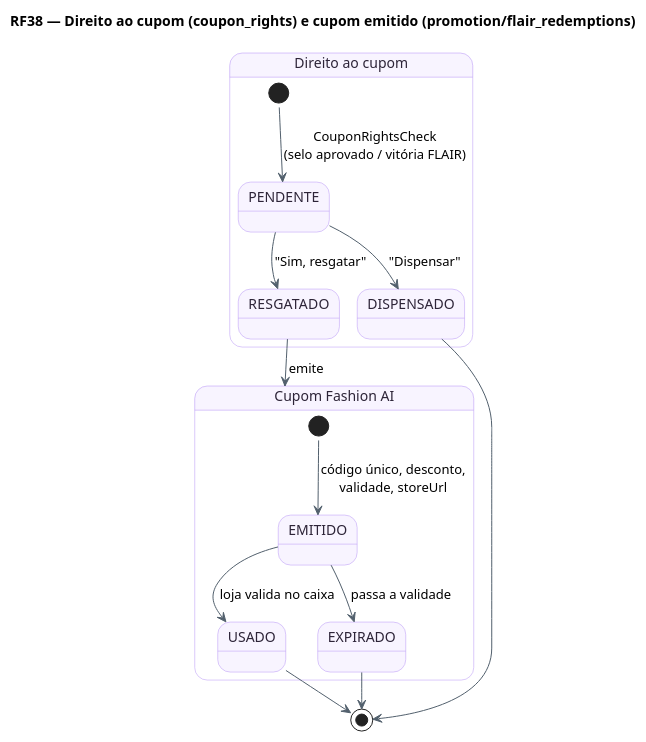
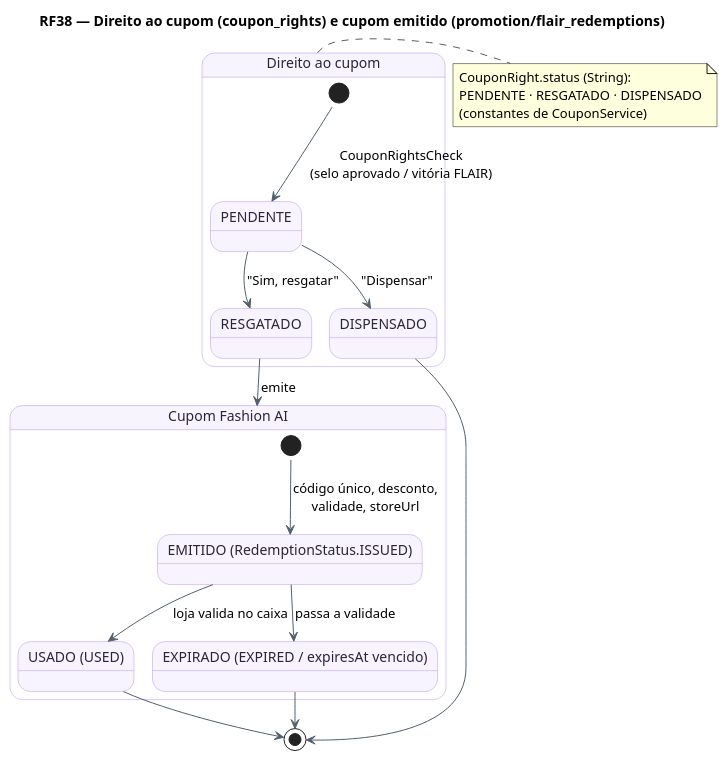
One commit to MatheusHaliski/tcc-2026-fashion-ai-backend changed the diagram in docs/diagramas/RF38/RF38-maquinadeestados-cupom.puml. Above: the diagram before and after it, drawn with PlantUML. The commit also changed 14 other files, not shown here.

First line of the commit message:
docs(rf38,rf39): diagramas revisados contra o Trello e o código atual

```diff
--- a/docs/diagramas/RF38/RF38-maquinadeestados-cupom.puml
+++ b/docs/diagramas/RF38/RF38-maquinadeestados-cupom.puml
@@ -1,25 +1,29 @@
 @startuml RF38_MaquinaDeEstados_Cupom
 !pragma layout smetana
 title RF38 — Direito ao cupom (coupon_rights) e cupom emitido (promotion/flair_redemptions)
 skinparam backgroundColor #FFFFFF
 skinparam state {
   BackgroundColor #F8F4FF
   BorderColor #B695F5
   FontColor #2D2438
   ArrowColor #52606D
 }
 state "Direito ao cupom" as D {
   [*] --> PENDENTE : CouponRightsCheck\n(selo aprovado / vitória FLAIR)
   PENDENTE --> RESGATADO : "Sim, resgatar"
   PENDENTE --> DISPENSADO : "Dispensar"
 }
 state "Cupom Fashion AI" as C {
+  state "EMITIDO (RedemptionStatus.ISSUED)" as EMITIDO
+  state "USADO (USED)" as USADO
+  state "EXPIRADO (EXPIRED / expiresAt vencido)" as EXPIRADO
   [*] --> EMITIDO : código único, desconto,\nvalidade, storeUrl
   EMITIDO --> USADO : loja valida no caixa
   EMITIDO --> EXPIRADO : passa a validade
 }
 RESGATADO --> C : emite
 DISPENSADO --> [*]
+note right of D : CouponRight.status (String):\nPENDENTE · RESGATADO · DISPENSADO\n(constantes de CouponService)
 USADO --> [*]
 EXPIRADO --> [*]
 @enduml
```
